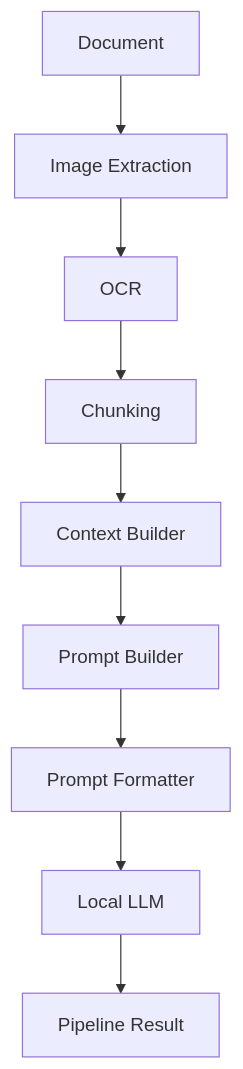
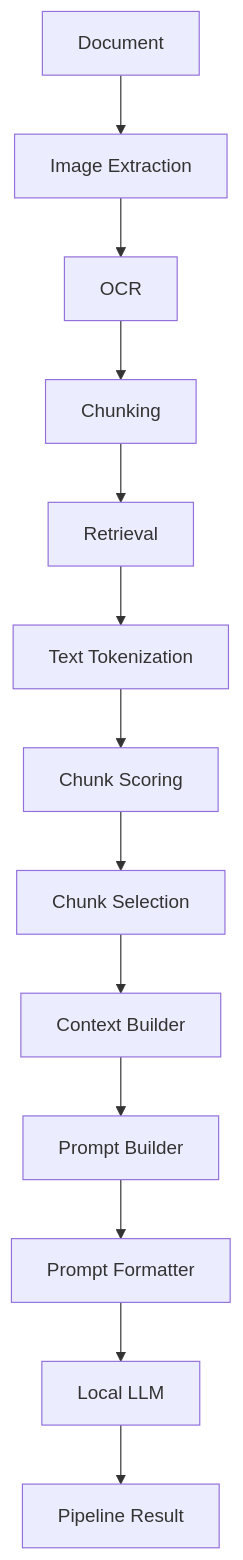
One commit to omidghahary/DocumentAI changed the first of 2 diagrams in README.md. Above: the diagram before and after it, drawn with Mermaid. The commit also changed other lines of this file, not shown here.

Commit message:
docs: update README for retrieval architecture

````diff
--- a/README.md
+++ b/README.md
@@ -62,11 +70,17 @@
 ```mermaid
 flowchart TD
     A[Document] --> B[Image Extraction]
     B --> C[OCR]
     C --> D[Chunking]
-    D --> E[Context Builder]
-    E --> F[Prompt Builder]
-    F --> G[Prompt Formatter]
-    G --> H[Local LLM]
-    H --> I[Pipeline Result]
+    D --> E[Retrieval]
+
+    E --> E1[Text Tokenization]
+    E1 --> E2[Chunk Scoring]
+    E2 --> E3[Chunk Selection]
+
+    E3 --> F[Context Builder]
+    F --> G[Prompt Builder]
+    G --> H[Prompt Formatter]
+    H --> I[Local LLM]
+    I --> J[Pipeline Result]
 ```
````
